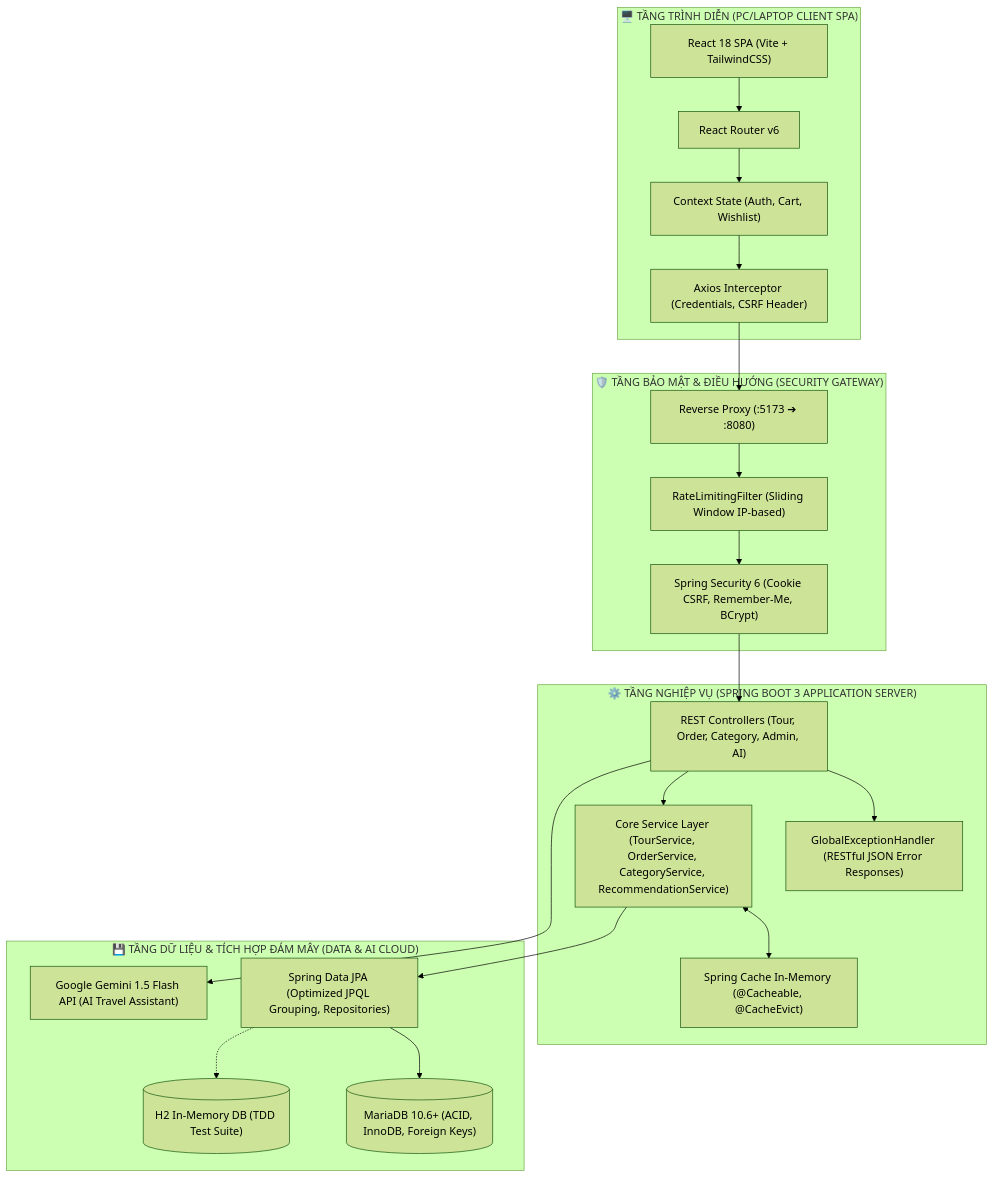
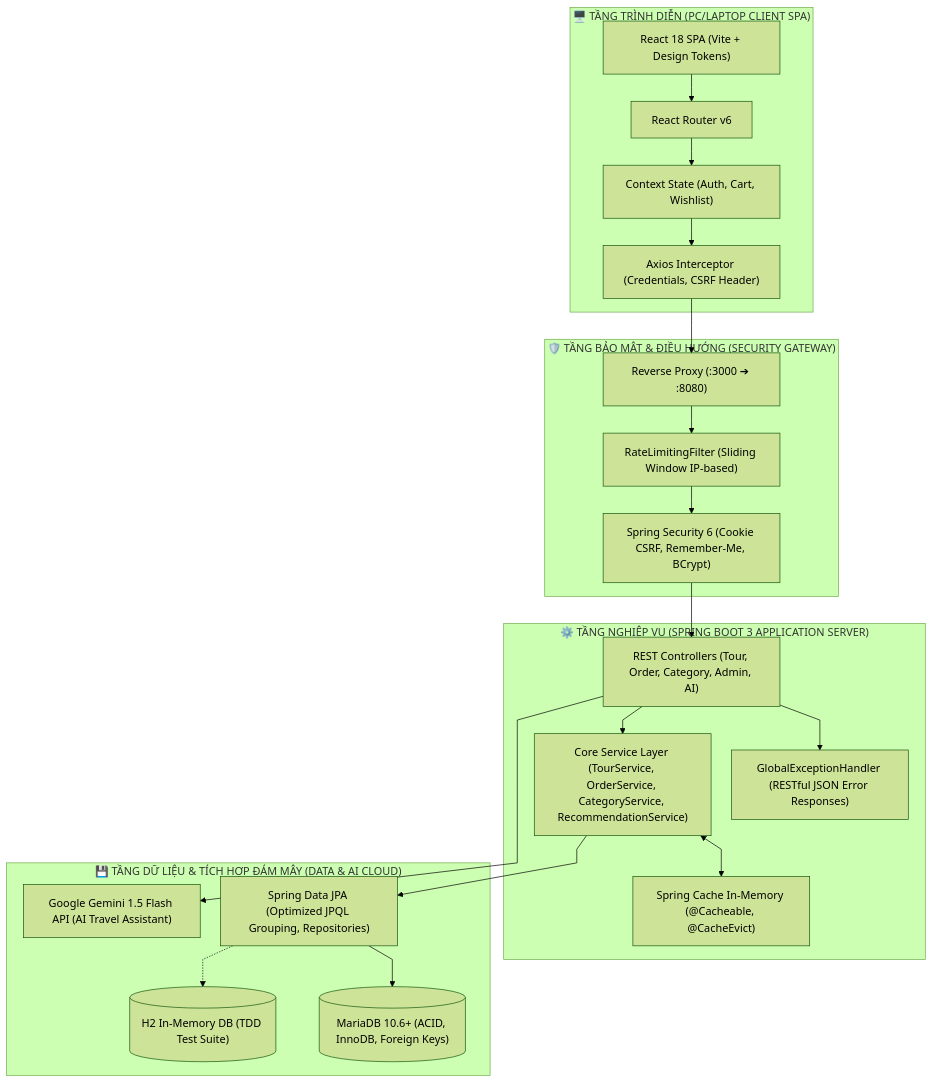
Before and after one commit to DaMilos35/JavaWWW_Nhom5_TourBooking: the first of 7 diagrams in README.md, drawn with Mermaid (forest theme). The commit also changed other lines of this file and 13 other files, not shown here.

Commit message:
feat: complete UI/UX OTA polish, 99-test suite, diagrams and final documentation

````diff
--- a/README.md
+++ b/README.md
@@ -101,39 +101,40 @@
 ```mermaid
+%%{init: {'flowchart': {'curve': 'linear', 'nodeSpacing': 30, 'rankSpacing': 40}}}%%
 flowchart TB
     subgraph ClientLayer["🖥️ TẦNG TRÌNH DIỄN (PC/LAPTOP CLIENT SPA)"]
-        UI["React 18 SPA (Vite + TailwindCSS)"]
+        UI["React 18 SPA (Vite + Design Tokens)"]
         Router["React Router v6"]
         Axios["Axios Interceptor (Credentials, CSRF Header)"]
         State["Context State (Auth, Cart, Wishlist)"]
     end
 
     subgraph SecurityLayer["🛡️ TẦNG BẢO MẬT & ĐIỀU HƯỚNG (SECURITY GATEWAY)"]
-        Proxy["Reverse Proxy (:5173 ➔ :8080)"]
+        Proxy["Reverse Proxy (:3000 ➔ :8080)"]
         RateLimit["RateLimitingFilter (Sliding Window IP-based)"]
         SecFilter["Spring Security 6 (Cookie CSRF, Remember-Me, BCrypt)"]
     end
 
     subgraph ServiceLayer["⚙️ TẦNG NGHIỆP VỤ (SPRING BOOT 3 APPLICATION SERVER)"]
         Controllers["REST Controllers (Tour, Order, Category, Admin, AI)"]
         GlobalEx["GlobalExceptionHandler (RESTful JSON Error Responses)"]
         Services["Core Service Layer (TourService, OrderService, CategoryService, RecommendationService)"]
         Cache["Spring Cache In-Memory (@Cacheable, @CacheEvict)"]
     end
 
     subgraph DataLayer["💾 TẦNG DỮ LIỆU & TÍCH HỢP ĐÁM MÂY (DATA & AI CLOUD)"]
         JPA["Spring Data JPA (Optimized JPQL Grouping, Repositories)"]
         MariaDB[("MariaDB 10.6+ (ACID, InnoDB, Foreign Keys)")]
         H2[("H2 In-Memory DB (TDD Test Suite)")]
         GeminiAPI["Google Gemini 1.5 Flash API (AI Travel Assistant)"]
     end
 
     UI --> Router --> State --> Axios
     Axios --> Proxy --> RateLimit --> SecFilter --> Controllers
     Controllers --> GlobalEx
     Controllers --> Services
     Services <--> Cache
     Services --> JPA
     JPA --> MariaDB
     JPA -.-> H2
     Controllers --> GeminiAPI
 ```
````
